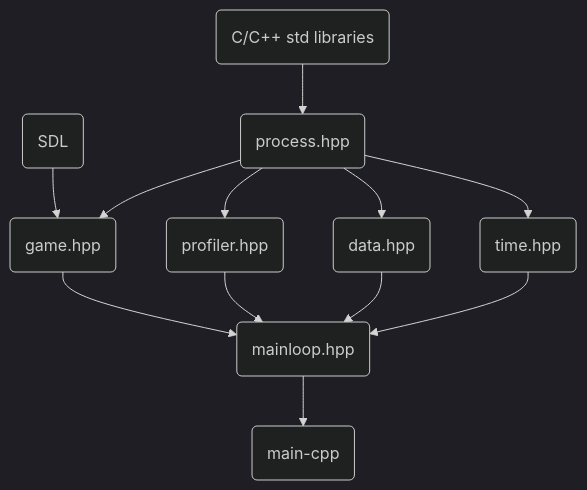
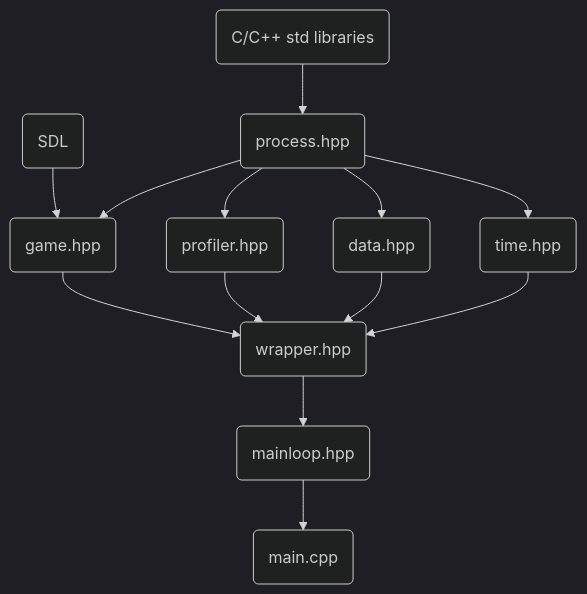
The diagram in README.md (sibjor/ParkourRunner), drawn with Mermaid (dark theme) before and after one commit. The commit also changed 3 other files, not shown here.

````diff
--- a/README.md
+++ b/README.md
@@ -11,10 +11,12 @@
 ```mermaid
 flowchart TD
     A(C/C++ std libraries) --> B(process.hpp)
     C(SDL) --> E
-    B --> E(game.hpp) -->I(mainloop.hpp)
+    B --> E(game.hpp) -->I(wrapper.hpp)
     B --> G(profiler.hpp) -->I
     B --> H(data.hpp) --> I
     B --> J(time.hpp) --> I
-    I --> K(main-cpp)
+    I --> K(mainloop.hpp)
+    K --> L(main.cpp)
+
 ```
````
